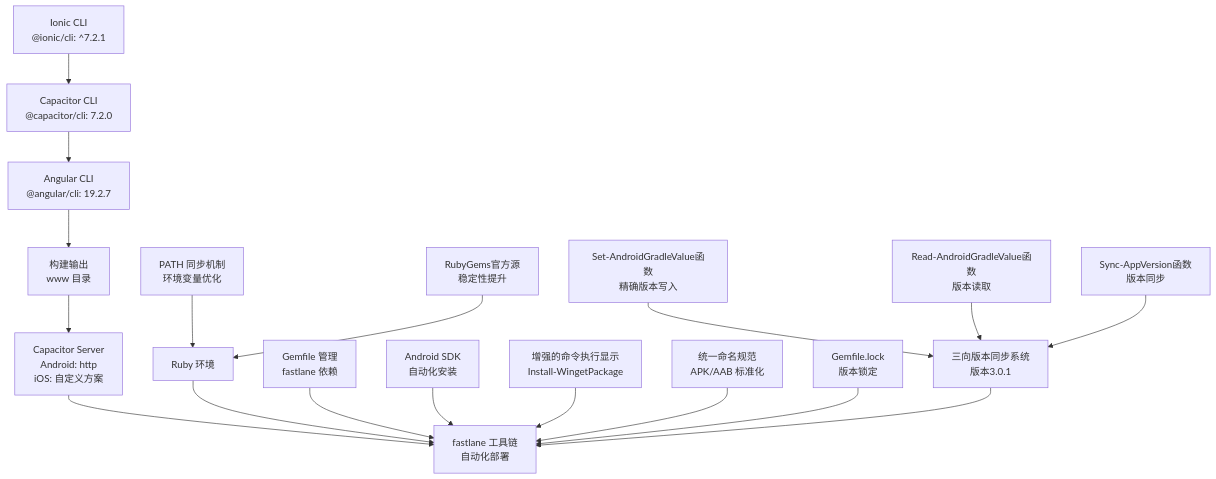
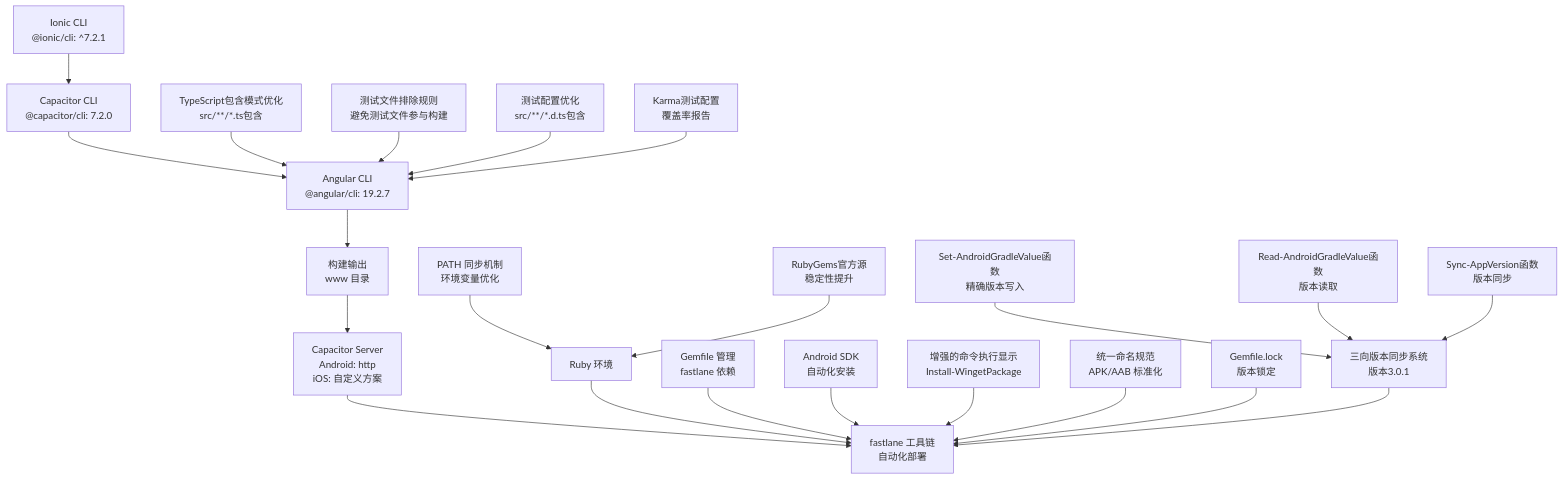
One commit to tea4go/Macro-Deck-Client-App changed the third of 6 diagrams in .qoder/repowiki/zh/content/构建与部署/构建配置.md. Above: the diagram before and after it, drawn with Mermaid. The commit also changed other lines of this file and 3 other files, not shown here.

````diff
--- a/.qoder/repowiki/zh/content/构建与部署/构建配置.md
+++ b/.qoder/repowiki/zh/content/构建与部署/构建配置.md
@@ -354,20 +387,24 @@
 ```mermaid
 graph TB
 A["Ionic CLI<br/>@ionic/cli: ^7.2.1"] --> B["Capacitor CLI<br/>@capacitor/cli: 7.2.0"]
 B --> C["Angular CLI<br/>@angular/cli: 19.2.7"]
 C --> D["构建输出<br/>www 目录"]
 D --> E["Capacitor Server<br/>Android: http<br/>iOS: 自定义方案"]
 E --> F["fastlane 工具链<br/>自动化部署"]
 G["Ruby 环境"] --> F
 H["Gemfile 管理<br/>fastlane 依赖"] --> F
 I["Android SDK<br/>自动化安装"] --> F
 J["PATH 同步机制<br/>环境变量优化"] --> G
 K["增强的命令执行显示<br/>Install-WingetPackage"] --> F
 L["统一命名规范<br/>APK/AAB 标准化"] --> F
 M["Gemfile.lock<br/>版本锁定"] --> F
 N["RubyGems官方源<br/>稳定性提升"] --> G
 O["三向版本同步系统<br/>版本3.0.1"] --> F
 P["Set-AndroidGradleValue函数<br/>精确版本写入"] --> O
 Q["Read-AndroidGradleValue函数<br/>版本读取"] --> O
 R["Sync-AppVersion函数<br/>版本同步"] --> O
+S["TypeScript包含模式优化<br/>src/**/*.ts包含"] --> C
+T["测试文件排除规则<br/>避免测试文件参与构建"] --> C
+U["测试配置优化<br/>src/**/*.d.ts包含"] --> C
+V["Karma测试配置<br/>覆盖率报告"] --> C
 ```
````
